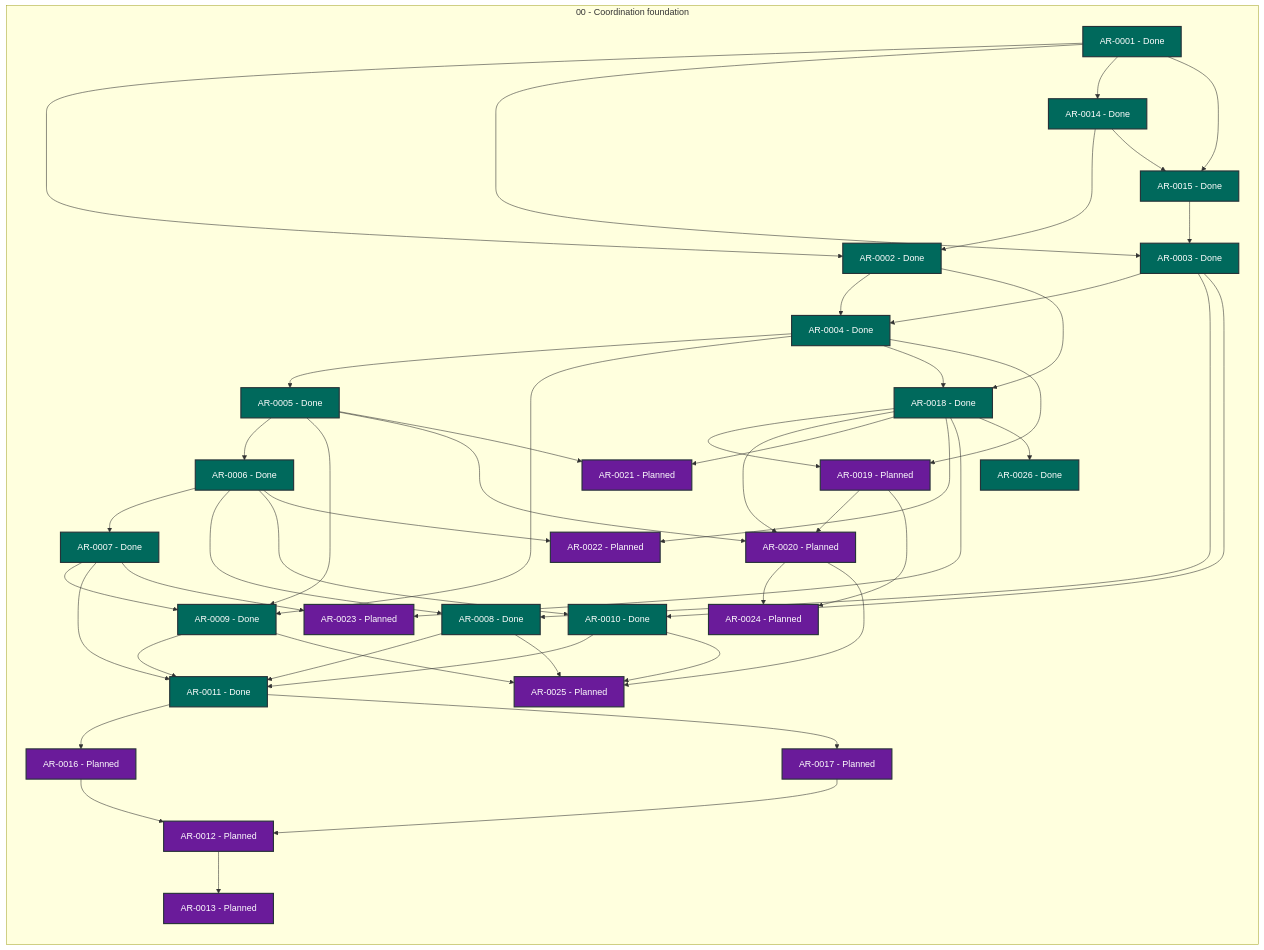
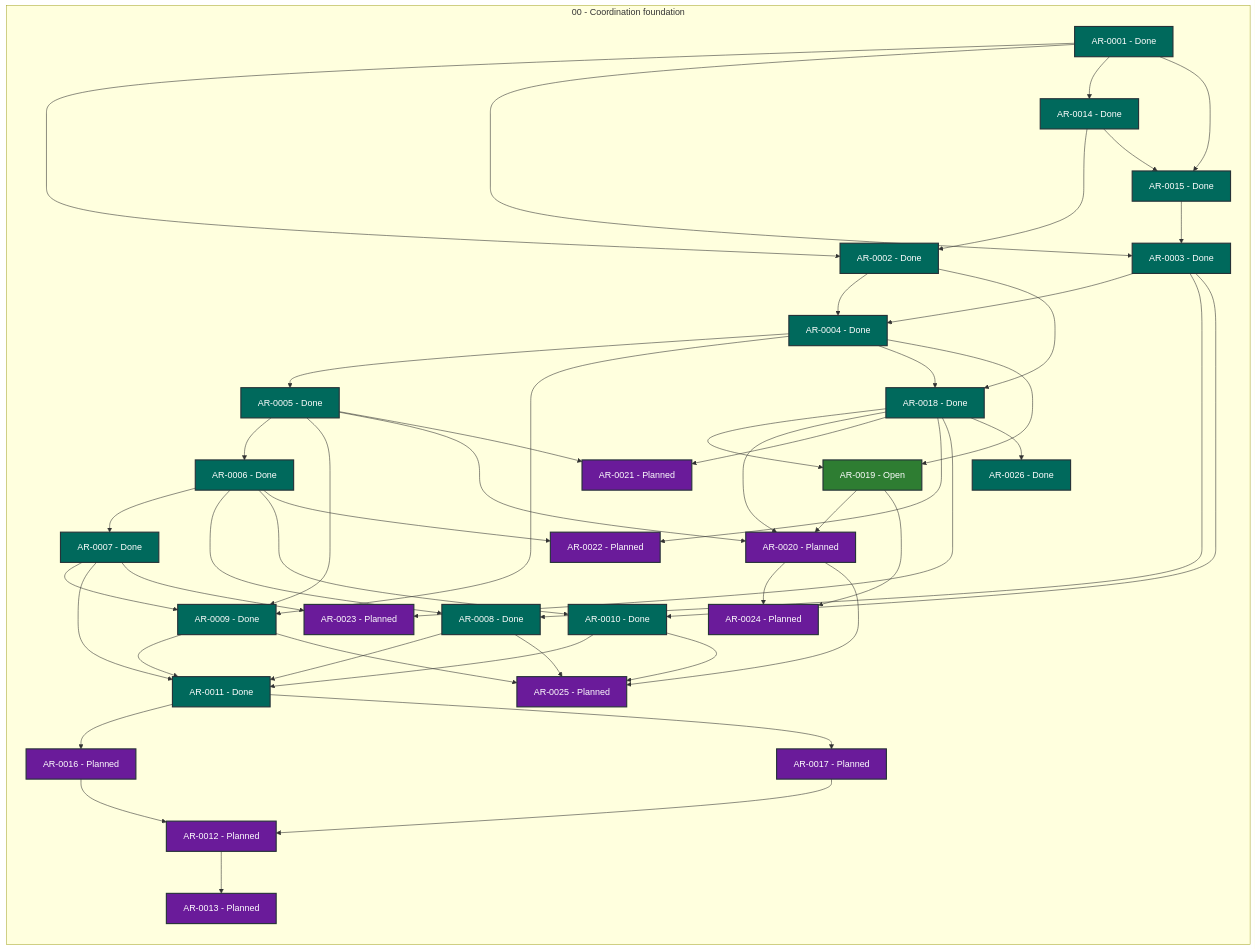
One commit to martin-beck/agent-workflow-tui-state changed the diagram in STATUS.md. Above: the diagram before and after it, drawn with Mermaid. The commit also changed other lines of this file and 2 other files, not shown here.

```diff
--- a/STATUS.md
+++ b/STATUS.md
@@ -46,7 +46,7 @@
         AR_0016["AR-0016 - Planned"]:::status_planned
         AR_0017["AR-0017 - Planned"]:::status_planned
         AR_0018["AR-0018 - Done"]:::status_done
-        AR_0019["AR-0019 - Planned"]:::status_planned
+        AR_0019["AR-0019 - Open"]:::status_open
         AR_0020["AR-0020 - Planned"]:::status_planned
         AR_0021["AR-0021 - Planned"]:::status_planned
         AR_0022["AR-0022 - Planned"]:::status_planned
```
